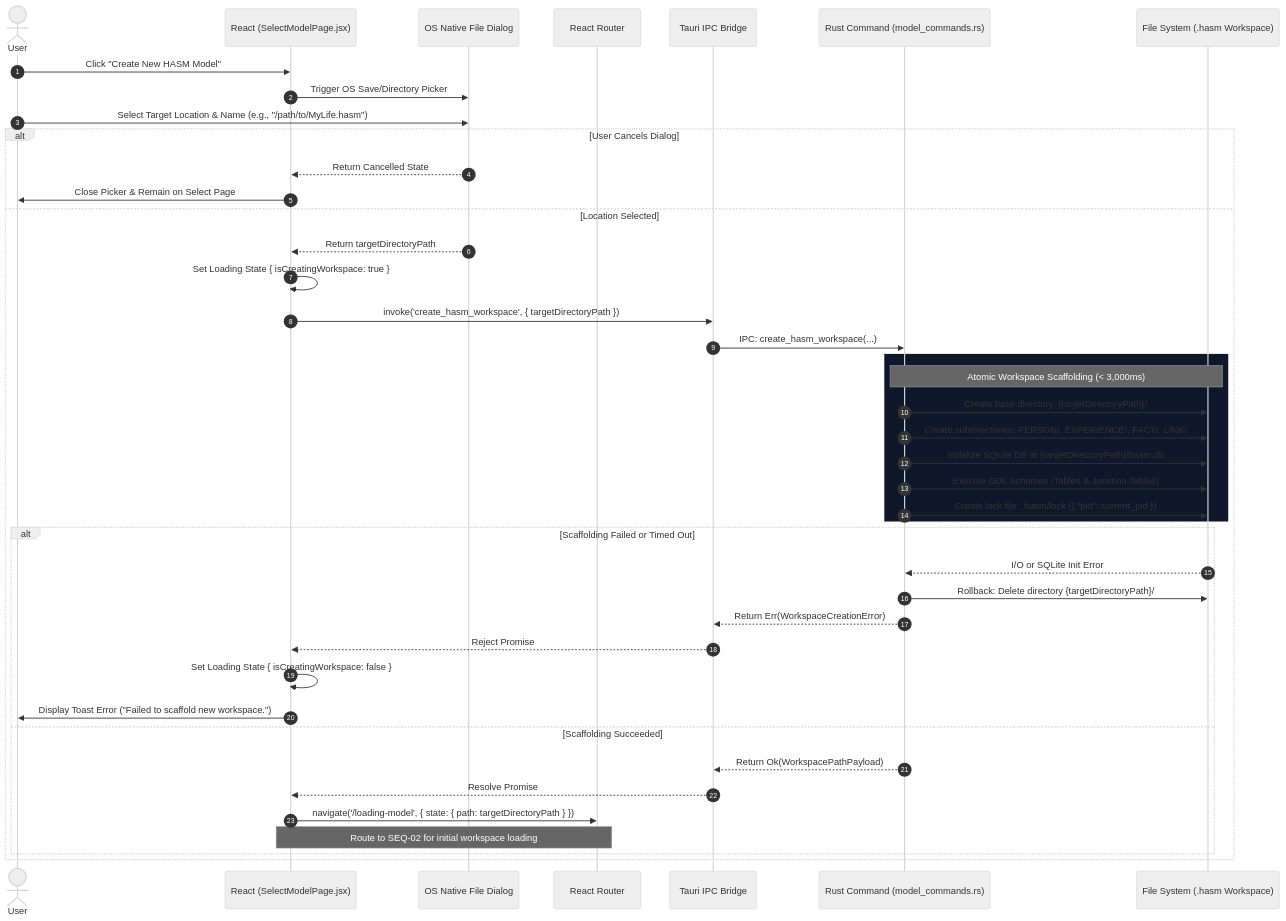
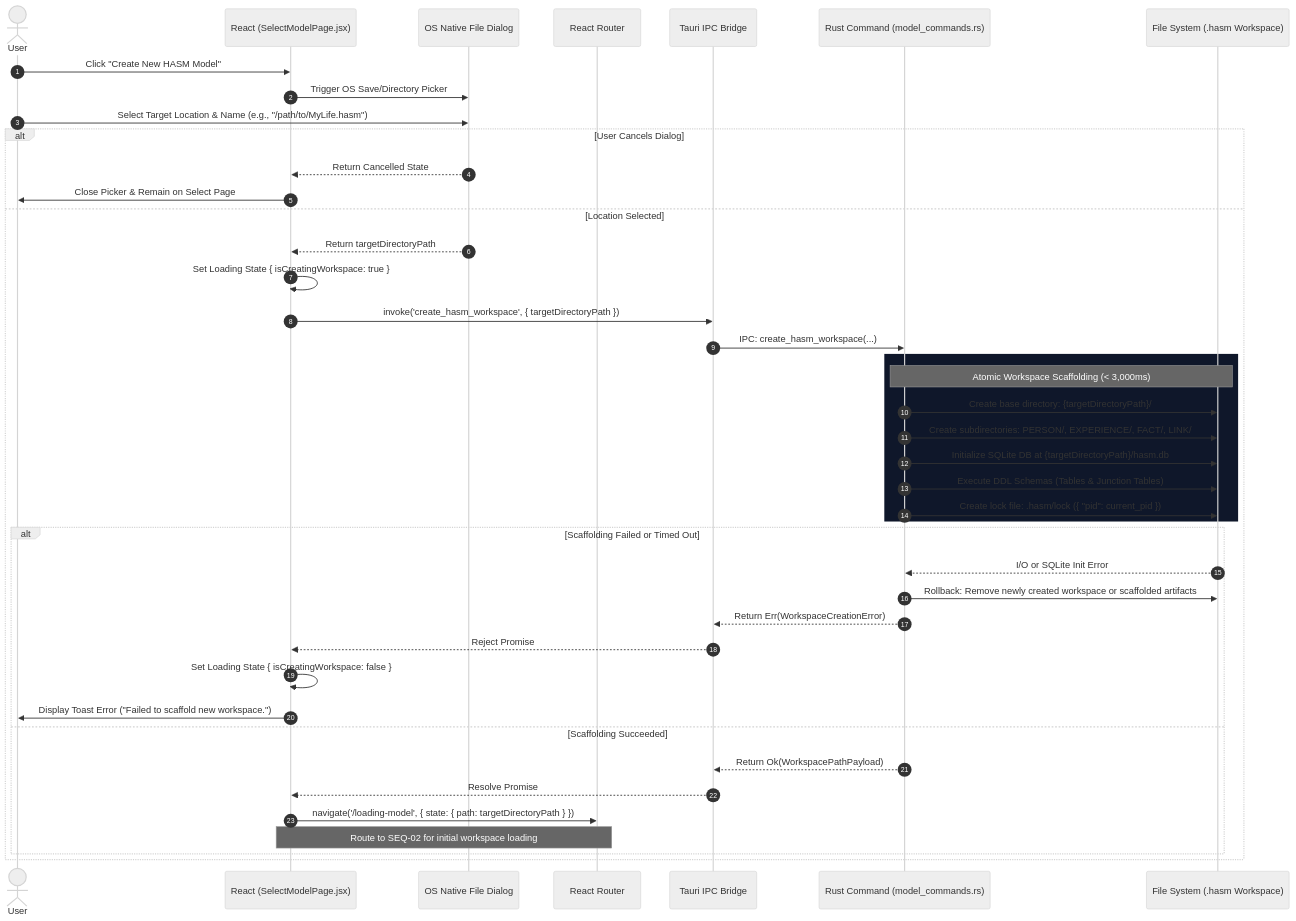
The first of 3 diagrams in docs/arch/17-SEQ-08_EntityCreation.md (HibiyaHaraki/hasm), drawn with Mermaid (neutral theme) before and after one commit. The commit also changed other lines of this file and 33 other files, not shown here.

````diff
--- a/docs/arch/17-SEQ-08_EntityCreation.md
+++ b/docs/arch/17-SEQ-08_EntityCreation.md
@@ -103,52 +103,52 @@
 ```mermaid
 sequenceDiagram
     autonumber
     actor User as User
     participant React as React (SelectModelPage.jsx)
     participant Dialog as OS Native File Dialog
     participant Router as React Router
     participant Bridge as Tauri IPC Bridge
     participant Rust as Rust Command (model_commands.rs)
     participant FS as File System (.hasm Workspace)
 
     User->>React: Click "Create New HASM Model"
     React->>Dialog: Trigger OS Save/Directory Picker
     User->>Dialog: Select Target Location & Name (e.g., "/path/to/MyLife.hasm")
     
     alt User Cancels Dialog
         Dialog-->>React: Return Cancelled State
         React->>User: Close Picker & Remain on Select Page
     else Location Selected
         Dialog-->>React: Return targetDirectoryPath
         React->>React: Set Loading State { isCreatingWorkspace: true }
 
         React->>Bridge: invoke('create_hasm_workspace', { targetDirectoryPath })
         Bridge->>Rust: IPC: create_hasm_workspace(...)
 
         rect rgb(15, 23, 42)
             Note over Rust,FS: Atomic Workspace Scaffolding (< 3,000ms)
             Rust->>FS: Create base directory: {targetDirectoryPath}/
             Rust->>FS: Create subdirectories: PERSON/, EXPERIENCE/, FACT/, LINK/
             
             Rust->>FS: Initialize SQLite DB at {targetDirectoryPath}/hasm.db
             Rust->>FS: Execute DDL Schemas (Tables & Junction Tables)
             
             Rust->>FS: Create lock file: .hasm/lock ({ "pid": current_pid })
         end
 
         alt Scaffolding Failed or Timed Out
             FS-->>Rust: I/O or SQLite Init Error
-            Rust->>FS: Rollback: Delete directory {targetDirectoryPath}/
+            Rust->>FS: Rollback: Remove newly created workspace or scaffolded artifacts
             Rust-->>Bridge: Return Err(WorkspaceCreationError)
             Bridge-->>React: Reject Promise
             React->>React: Set Loading State { isCreatingWorkspace: false }
             React->>User: Display Toast Error ("Failed to scaffold new workspace.")
         else Scaffolding Succeeded
             Rust-->>Bridge: Return Ok(WorkspacePathPayload)
             Bridge-->>React: Resolve Promise
             React->>Router: navigate('/loading-model', { state: { path: targetDirectoryPath } })
             Note over React,Router: Route to SEQ-02 for initial workspace loading
         end
     end
 
 ```
````
